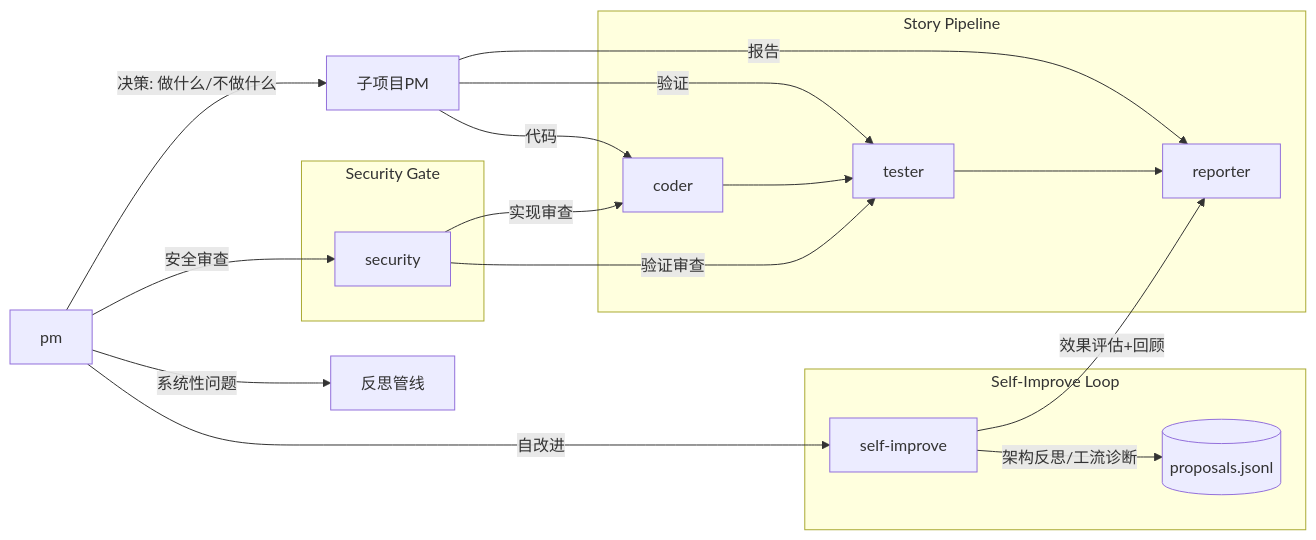
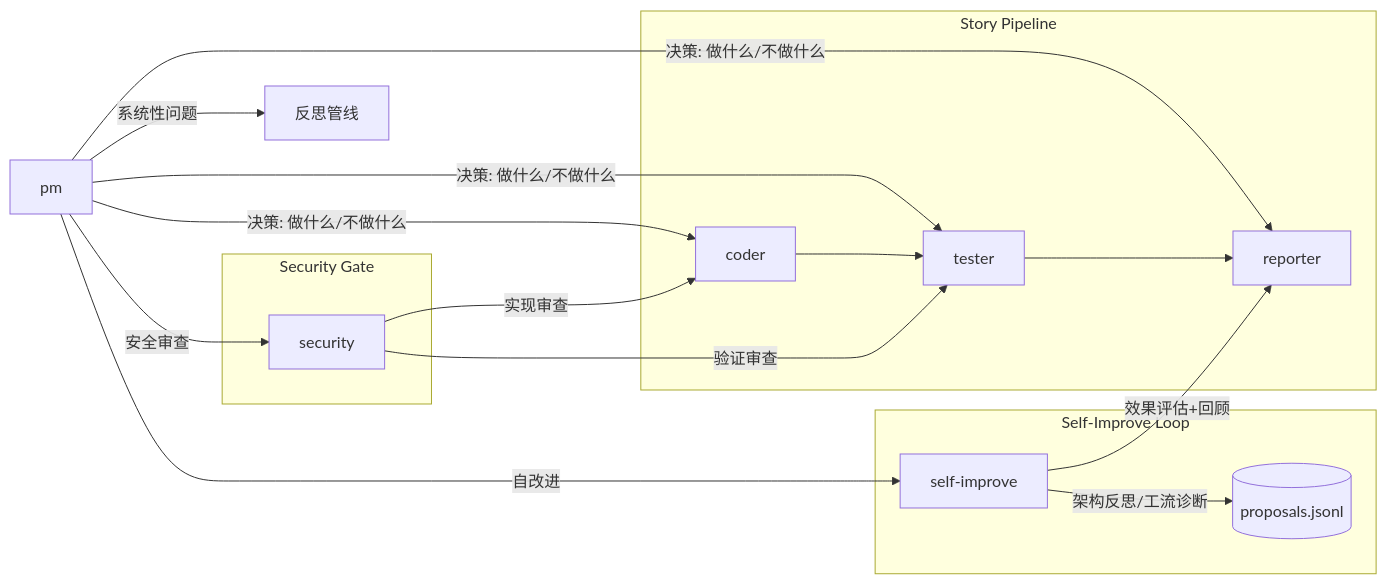
The first of 2 diagrams in agents/AGENT.md (effiy/YrY), drawn with Mermaid before and after one commit. The commit also changed other lines of this file, not shown here.

````diff
--- a/agents/AGENT.md
+++ b/agents/AGENT.md
@@ -5,22 +5,21 @@
 ```mermaid
 graph LR
-    pm -->|决策: 做什么/不做什么| SUB["子项目PM"]
+    pm -->|决策: 做什么/不做什么| coder
+    pm -->|决策: 做什么/不做什么| tester
+    pm -->|决策: 做什么/不做什么| reporter
     pm -->|系统性问题| S_REFLECT["反思管线"]
-    SUB -->|代码| coder
-    SUB -->|验证| tester
-    SUB -->|报告| reporter
     pm -->|安全审查| security
     pm -->|自改进| self_improve["self-improve"]
 
     subgraph "Story Pipeline"
         coder --> tester --> reporter
     end
     subgraph "Security Gate"
         security -->|实现审查| coder
         security -->|验证审查| tester
     end
     subgraph "Self-Improve Loop"
         self_improve -->|架构反思/工流诊断| STORE[("proposals.jsonl")]
         self_improve -->|效果评估+回顾| reporter
     end
 ```
````
